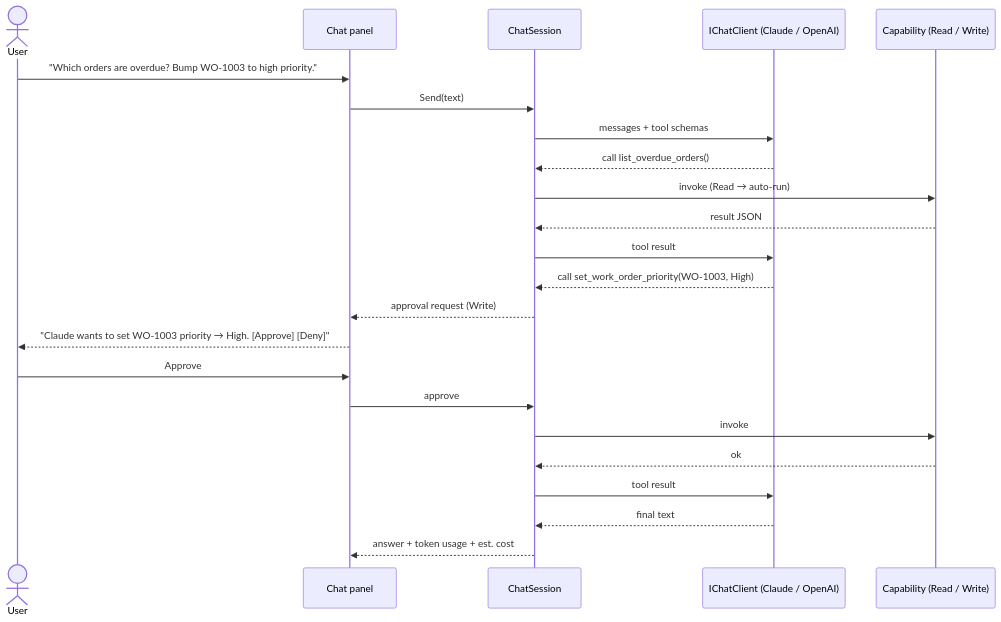
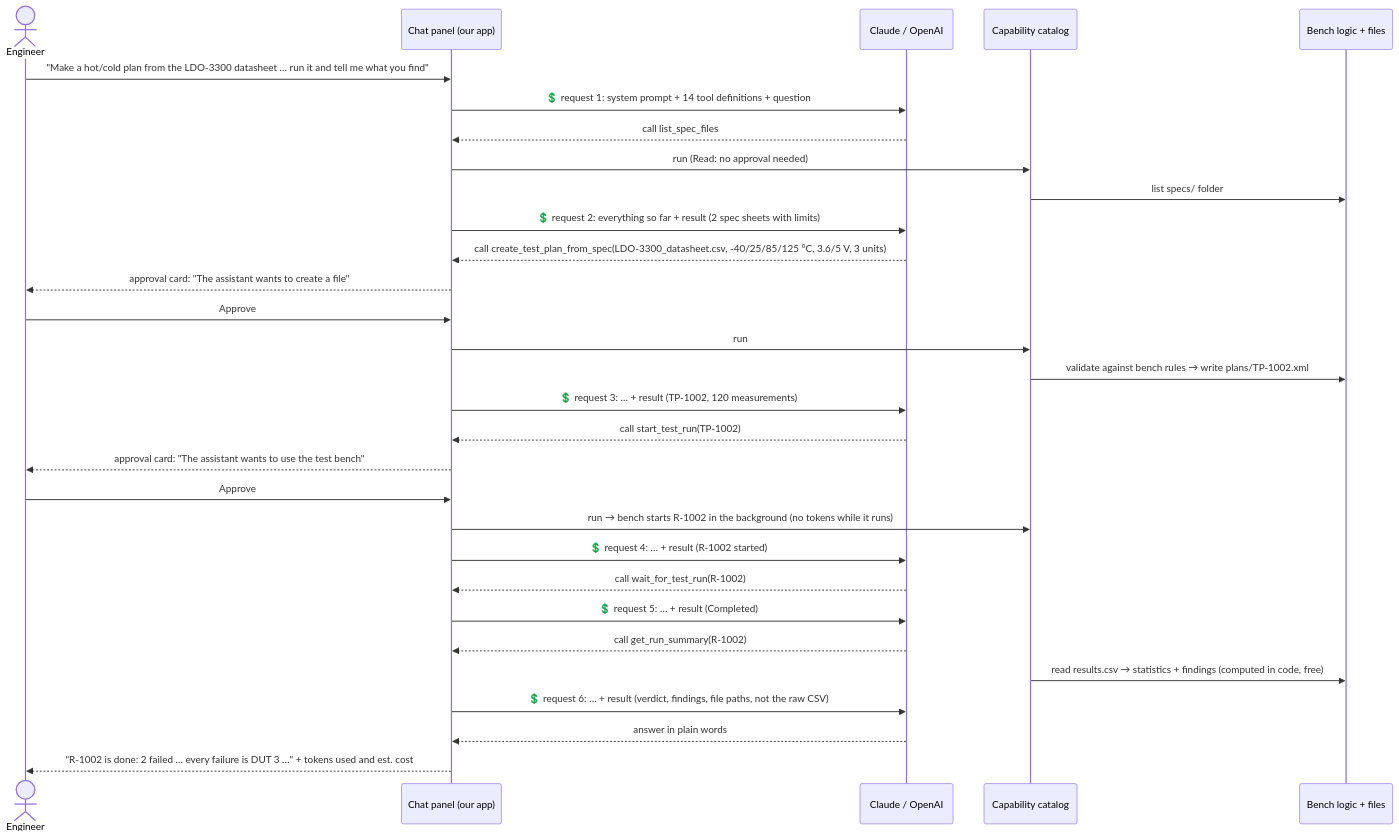
Before and after one commit to RelentlessOldMan/ChatbotAddonDemo: the third of 6 diagrams in docs/design.md, drawn with Mermaid. The commit also changed other lines of this file and 76 other files, not shown here.

First line of the commit message:
Revamp: TestBench domain, MCP only via the console tool, clearer docs

````diff
--- a/docs/design.md
+++ b/docs/design.md
@@ -105,25 +203,33 @@
 ```mermaid
 sequenceDiagram
-    actor U as User
-    participant P as Chat panel
-    participant S as ChatSession
-    participant L as IChatClient (Claude / OpenAI)
-    participant T as Capability (Read / Write)
-    U->>P: "Which orders are overdue? Bump WO-1003 to high priority."
-    P->>S: Send(text)
-    S->>L: messages + tool schemas
-    L-->>S: call list_overdue_orders()
-    S->>T: invoke (Read → auto-run)
-    T-->>S: result JSON
-    S->>L: tool result
-    L-->>S: call set_work_order_priority(WO-1003, High)
-    S-->>P: approval request (Write)
-    P-->>U: "Claude wants to set WO-1003 priority → High. [Approve] [Deny]"
+    actor U as Engineer
+    participant P as Chat panel (our app)
+    participant M as Claude / OpenAI
+    participant C as Capability catalog
+    participant B as Bench logic + files
+
+    U->>P: "Make a hot/cold plan from the LDO-3300 datasheet … run it and tell me what you find"
+    P->>M: 💲 request 1: system prompt + 14 tool definitions + question
+    M-->>P: call list_spec_files
+    P->>C: run (Read: no approval needed)
+    C->>B: list specs/ folder
+    P->>M: 💲 request 2: everything so far + result (2 spec sheets with limits)
+    M-->>P: call create_test_plan_from_spec(LDO-3300_datasheet.csv, -40/25/85/125 °C, 3.6/5 V, 3 units)
+    P-->>U: approval card: "The assistant wants to create a file"
     U->>P: Approve
-    P->>S: approve
-    S->>T: invoke
-    T-->>S: ok
-    S->>L: tool result
-    L-->>S: final text
-    S-->>P: answer + token usage + est. cost
+    P->>C: run
+    C->>B: validate against bench rules → write plans/TP-1002.xml
+    P->>M: 💲 request 3: … + result (TP-1002, 120 measurements)
+    M-->>P: call start_test_run(TP-1002)
+    P-->>U: approval card: "The assistant wants to use the test bench"
+    U->>P: Approve
+    P->>C: run → bench starts R-1002 in the background (no tokens while it runs)
+    P->>M: 💲 request 4: … + result (R-1002 started)
+    M-->>P: call wait_for_test_run(R-1002)
+    P->>M: 💲 request 5: … + result (Completed)
+    M-->>P: call get_run_summary(R-1002)
+    C->>B: read results.csv → statistics + findings (computed in code, free)
+    P->>M: 💲 request 6: … + result (verdict, findings, file paths, not the raw CSV)
+    M-->>P: answer in plain words
+    P-->>U: "R-1002 is done: 2 failed … every failure is DUT 3 …" + tokens used and est. cost
 ```
````
